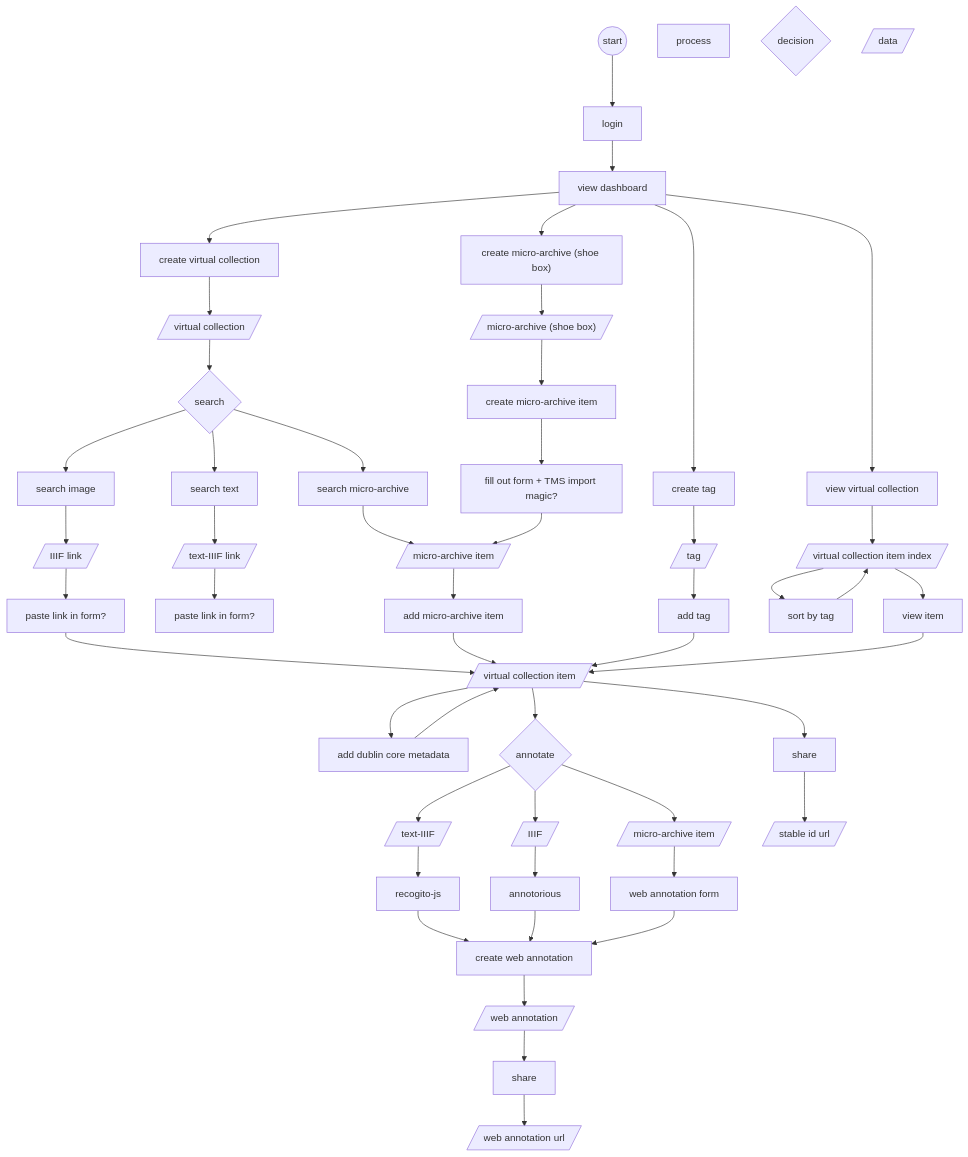
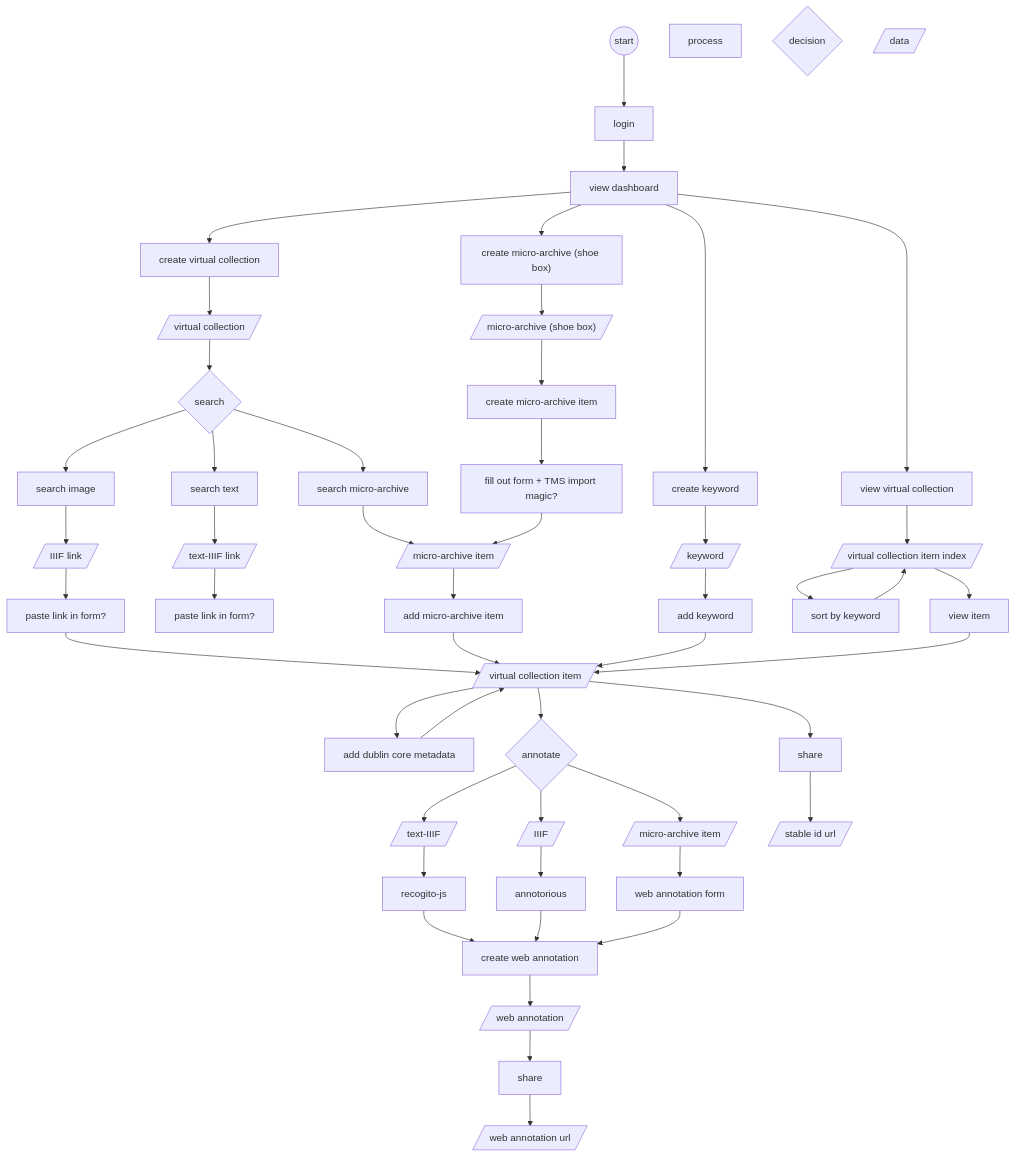
The second of 2 diagrams in README.md (knaw-huc/Dexter), drawn with Mermaid before and after one commit. The commit also changed other lines of this file and 5 other files, not shown here.

````diff
--- a/README.md
+++ b/README.md
@@ -126,65 +126,65 @@
 ```mermaid
 graph TD
     START((start))
 
     process
     decision{decision}
     data[/data/]
 
     START-->LOGIN[login]-->HOME[view dashboard]
 
 %% virtual collection items:
     HOME --> CVC[create virtual collection]
     CVC --> VC[/virtual collection/]
     VC --> S{search}
     
     S --> SI[search image]    
     S --> ST[search text]
     S --> SP[search micro-archive]    
 
 %% Search
     SI-->SIL[/IIIF link/]
     SIL-->IMIL[paste link in form?]
     IMIL-->VCI[/virtual collection item/]
     
     ST-->STIL[/text-IIIF link/]
     STIL-->IMTIL[paste link in form?]
     MAI-->AMAI[add micro-archive item]-->VCI
 
     SP-->MAI[/micro-archive item/]
     
     VCI-->ADBM[add dublin core metadata]-->VCI
 
-%% tag:
-    HOME --> CTAG[create tag]
-    CTAG-->TAG[/tag/]
-    TAG-->ATAG[add tag]
-    ATAG-->VCI
+%% keyword:
+    HOME --> CKEYWORD[create keyword]
+    CKEYWORD-->KEYWORD[/keyword/]
+    KEYWORD-->AKEYWORD[add keyword]
+    AKEYWORD-->VCI
 
 %% index:
     HOME --> VVC[view virtual collection]
     VVC-->VCIX[/virtual collection item index/]
-    VCIX-->SBTAG[sort by tag]-->VCIX
+    VCIX-->SBKEYWORD[sort by keyword]-->VCIX
     
     VCIX --> VI[view item]
     VI-->VCI
 
 %% annotation:
     VCI --> ANN{annotate}
     ANN --> TIIIF[/text-IIIF/]-->RJS[recogito-js] --> CWANN[create web annotation]
     ANN --> IIIF[/IIIF/]-->ANT[annotorious]  --> CWANN
     ANN --> MAI2[/micro-archive item/]-->WANNF[web annotation form] --> CWANN
     CWANN --> WAN[/web annotation/]
 
 %% sharing:
     WAN-->SHAREWAN[share] --> WANL[/web annotation url/]
     VCI-->SHAREVCI[share] --> VCIL[/stable id url/]
     
 %% micro-archive
     HOME-->CMA["create micro-archive (shoe box)"]
     CMA-->MA[/"micro-archive (shoe box)"/]
     MA-->CMAI[create micro-archive item]
     CMAI-->IMMAI[fill out form + TMS import magic?]
     IMMAI-->MAI[/micro-archive item/]
 
 ```
````
